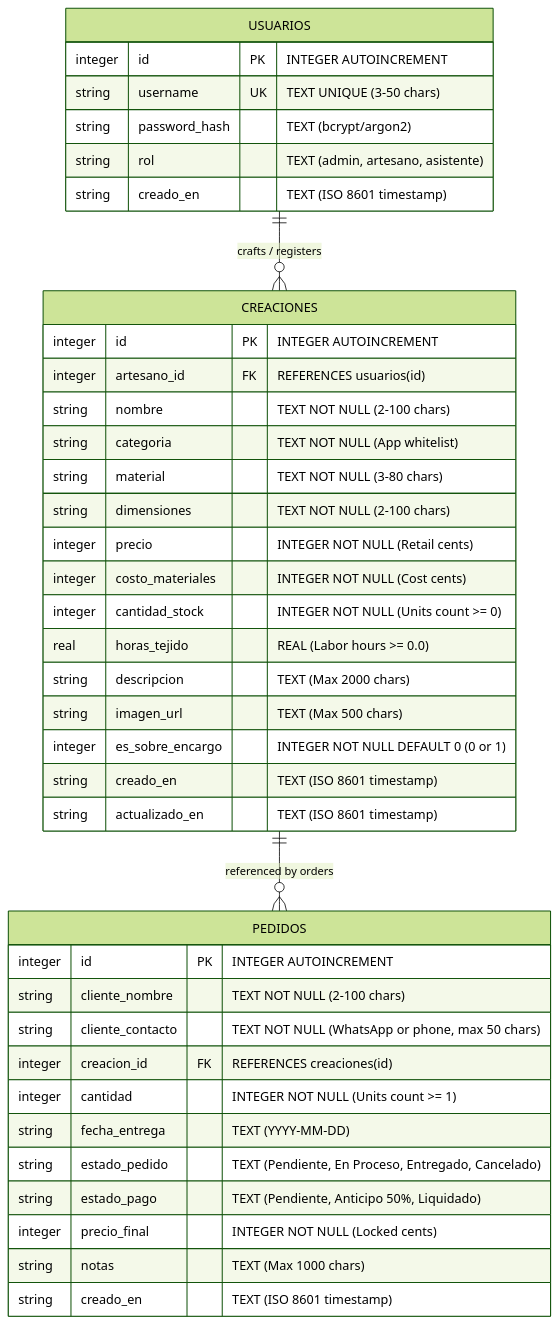
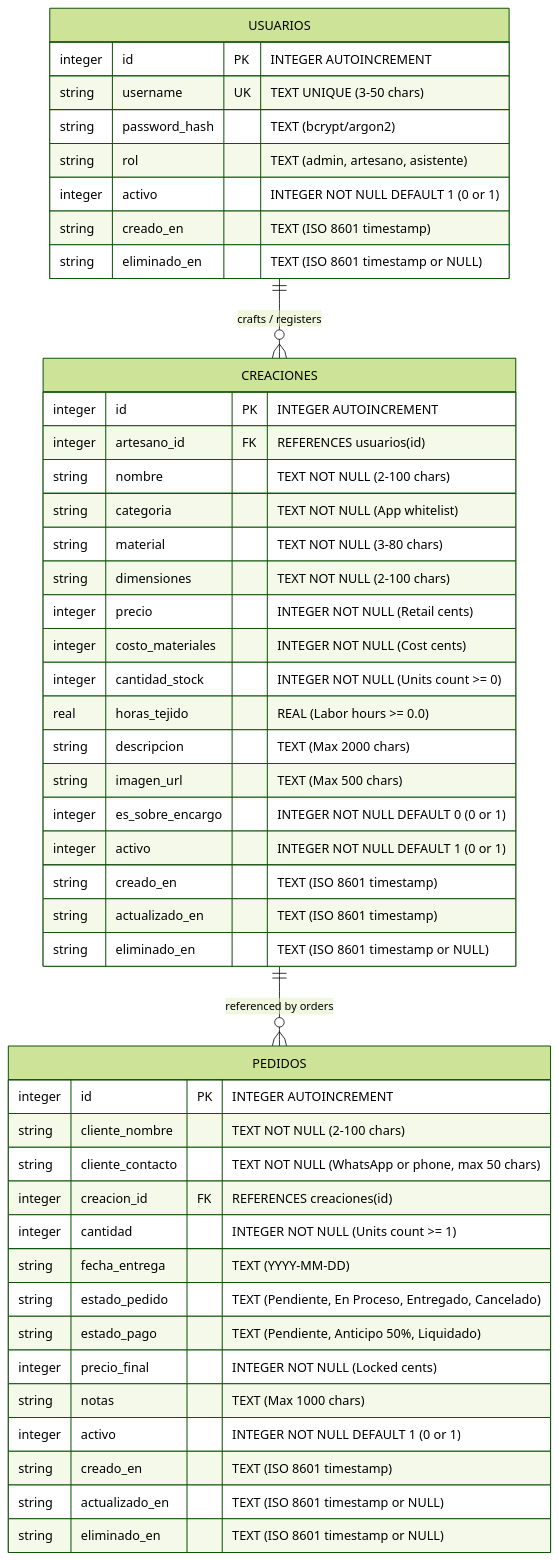
Before and after one commit to AngelKero/amigurumi-manager: the diagram in docs/data-model.md, drawn with Mermaid (forest theme). The commit also changed other lines of this file and 22 other files, not shown here.

Commit message:
feat: implement soft deletes in database schema and add user password change, deletion, and reactivation endpoints

````diff
--- a/docs/data-model.md
+++ b/docs/data-model.md
@@ -18,45 +18,52 @@
 ```mermaid
 erDiagram
     USUARIOS {
         integer id PK "INTEGER AUTOINCREMENT"
         string username UK "TEXT UNIQUE (3-50 chars)"
         string password_hash "TEXT (bcrypt/argon2)"
         string rol "TEXT (admin, artesano, asistente)"
+        integer activo "INTEGER NOT NULL DEFAULT 1 (0 or 1)"
         string creado_en "TEXT (ISO 8601 timestamp)"
+        string eliminado_en "TEXT (ISO 8601 timestamp or NULL)"
     }
 
     CREACIONES {
         integer id PK "INTEGER AUTOINCREMENT"
         integer artesano_id FK "REFERENCES usuarios(id)"
         string nombre "TEXT NOT NULL (2-100 chars)"
         string categoria "TEXT NOT NULL (App whitelist)"
         string material "TEXT NOT NULL (3-80 chars)"
         string dimensiones "TEXT NOT NULL (2-100 chars)"
         integer precio "INTEGER NOT NULL (Retail cents)"
         integer costo_materiales "INTEGER NOT NULL (Cost cents)"
         integer cantidad_stock "INTEGER NOT NULL (Units count >= 0)"
         real horas_tejido "REAL (Labor hours >= 0.0)"
         string descripcion "TEXT (Max 2000 chars)"
         string imagen_url "TEXT (Max 500 chars)"
         integer es_sobre_encargo "INTEGER NOT NULL DEFAULT 0 (0 or 1)"
+        integer activo "INTEGER NOT NULL DEFAULT 1 (0 or 1)"
         string creado_en "TEXT (ISO 8601 timestamp)"
         string actualizado_en "TEXT (ISO 8601 timestamp)"
+        string eliminado_en "TEXT (ISO 8601 timestamp or NULL)"
     }
 
     PEDIDOS {
         integer id PK "INTEGER AUTOINCREMENT"
         string cliente_nombre "TEXT NOT NULL (2-100 chars)"
         string cliente_contacto "TEXT NOT NULL (WhatsApp or phone, max 50 chars)"
         integer creacion_id FK "REFERENCES creaciones(id)"
         integer cantidad "INTEGER NOT NULL (Units count >= 1)"
         string fecha_entrega "TEXT (YYYY-MM-DD)"
         string estado_pedido "TEXT (Pendiente, En Proceso, Entregado, Cancelado)"
         string estado_pago "TEXT (Pendiente, Anticipo 50%, Liquidado)"
         integer precio_final "INTEGER NOT NULL (Locked cents)"
         string notas "TEXT (Max 1000 chars)"
+        integer activo "INTEGER NOT NULL DEFAULT 1 (0 or 1)"
         string creado_en "TEXT (ISO 8601 timestamp)"
+        string actualizado_en "TEXT (ISO 8601 timestamp or NULL)"
+        string eliminado_en "TEXT (ISO 8601 timestamp or NULL)"
     }
 
     USUARIOS ||--o{ CREACIONES : "crafts / registers"
     CREACIONES ||--o{ PEDIDOS : "referenced by orders"
 ```
````
